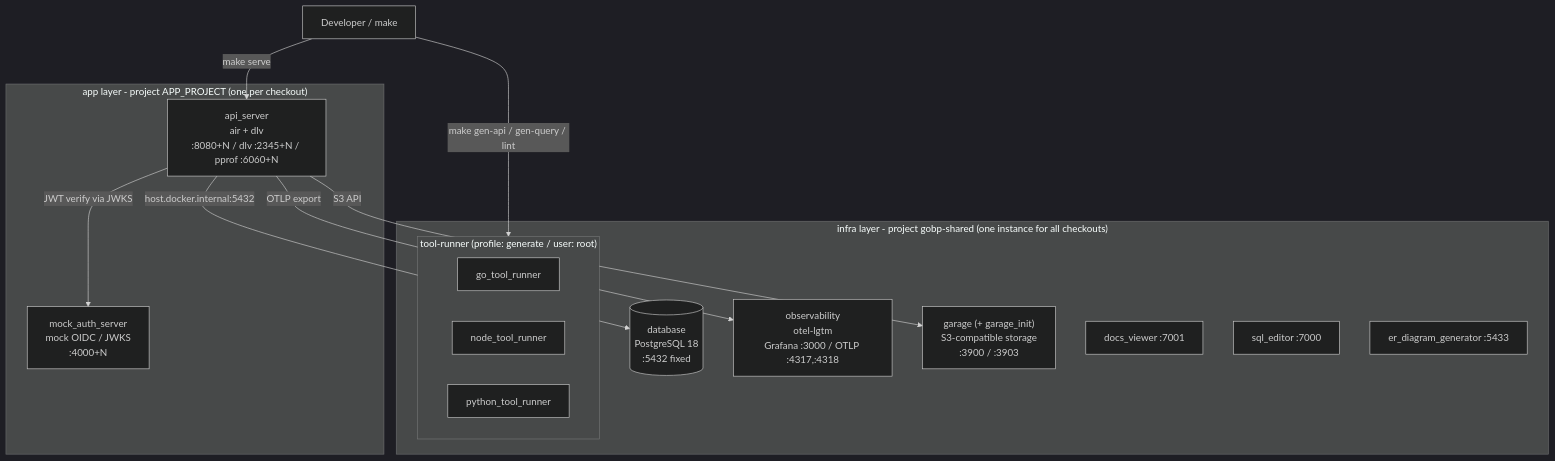
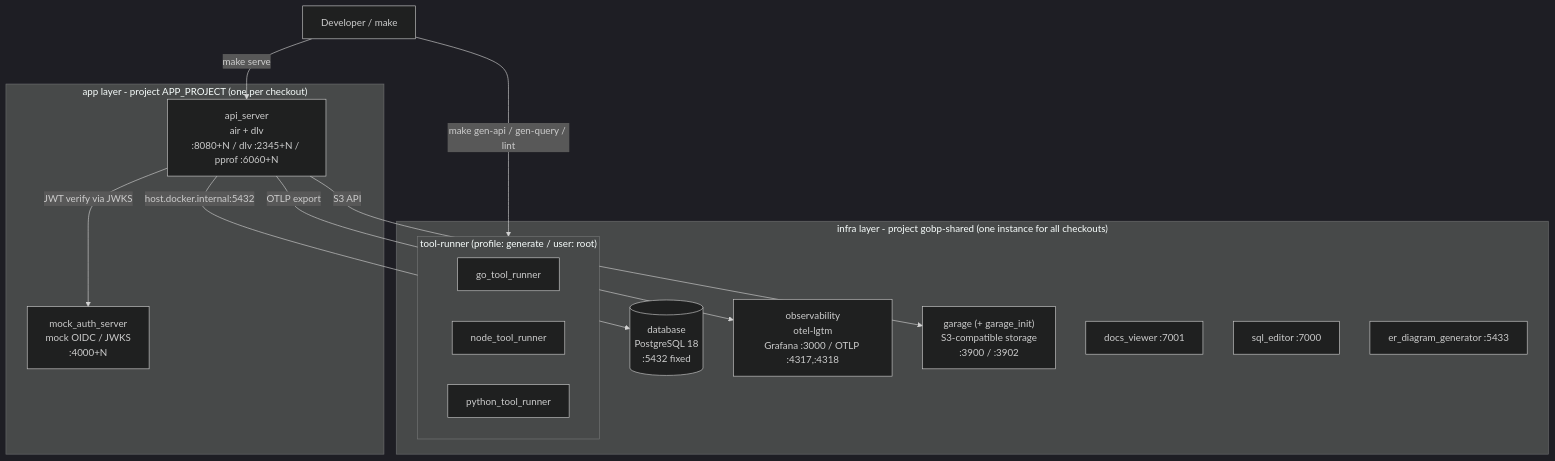
The first of 2 diagrams in docs/maintenance/local-environment.md (Tomy-ch/go-boilerplate), drawn with Mermaid (dark theme) before and after one commit. The commit also changed other lines of this file and 4 other files, not shown here.

````diff
--- a/docs/maintenance/local-environment.md
+++ b/docs/maintenance/local-environment.md
@@ -18,30 +18,30 @@
 ```mermaid
 graph TB
   dev["Developer / make"]
 
   subgraph infra["infra layer - project gobp-shared (one instance for all checkouts)"]
     db[("database<br/>PostgreSQL 18<br/>:5432 fixed")]
     obs["observability<br/>otel-lgtm<br/>Grafana :3000 / OTLP :4317,:4318"]
-    gar["garage (+ garage_init)<br/>S3-compatible storage<br/>:3900 / :3903"]
+    gar["garage (+ garage_init)<br/>S3-compatible storage<br/>:3900 / :3902"]
     docs["docs_viewer :7001"]
     sql["sql_editor :7000"]
     er["er_diagram_generator :5433"]
     subgraph runners["tool-runner (profile: generate / user: root)"]
       go["go_tool_runner"]
       node["node_tool_runner"]
       py["python_tool_runner"]
     end
   end
 
   subgraph app["app layer - project APP_PROJECT (one per checkout)"]
     api["api_server<br/>air + dlv<br/>:8080+N / dlv :2345+N / pprof :6060+N"]
     auth["mock_auth_server<br/>mock OIDC / JWKS<br/>:4000+N"]
   end
 
   dev -->|make serve| api
   dev -->|make gen-api / gen-query / lint| runners
   api -->|host.docker.internal:5432| db
   api -->|OTLP export| obs
   api -->|S3 API| gar
   api -->|JWT verify via JWKS| auth
 ```
````
